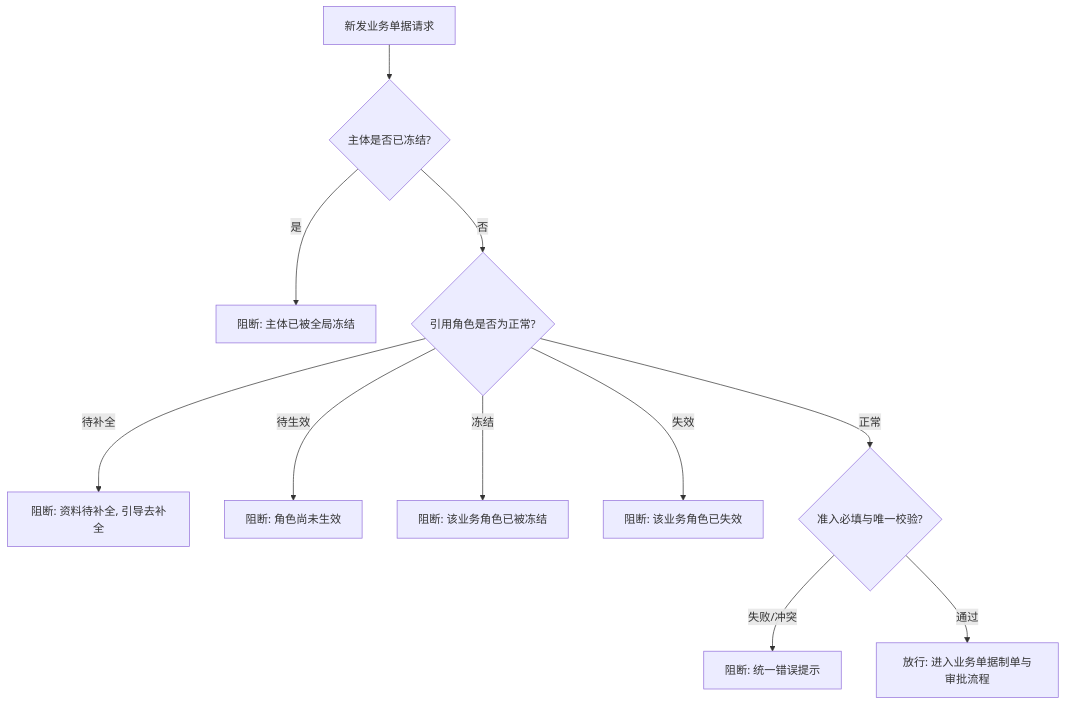
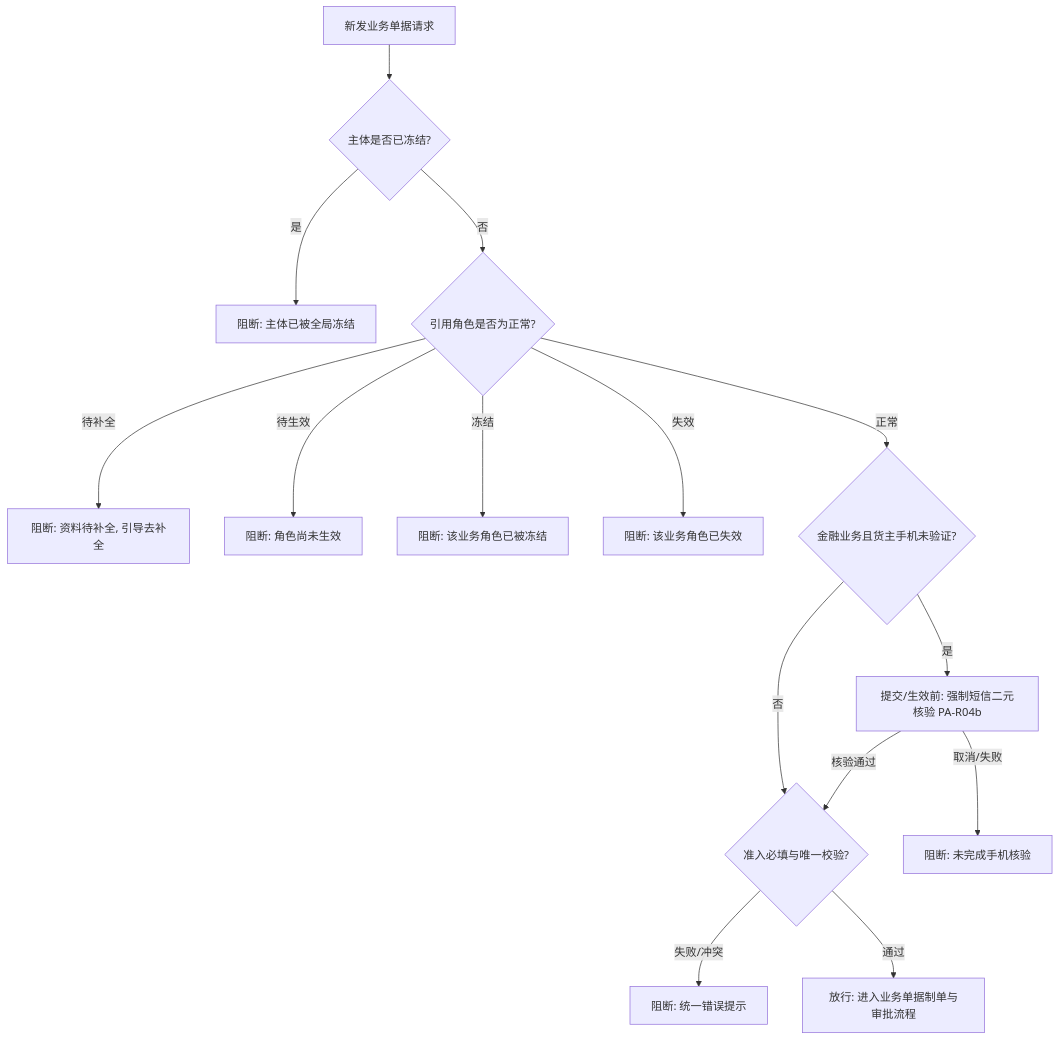
The third of 3 diagrams in 02-PRD文档/B-迭代需求/6.3版本（2026.09）/04-合作方档案/合作方档案业务规则规格.md (RobertHuang999/SYZC), drawn with Mermaid before and after one commit. The commit also changed other lines of this file and 95 other files, not shown here.

````diff
--- a/02-PRD文档/B-迭代需求/6.3版本（2026.09）/04-合作方档案/合作方档案业务规则规格.md
+++ b/02-PRD文档/B-迭代需求/6.3版本（2026.09）/04-合作方档案/合作方档案业务规则规格.md
@@ -98,13 +101,17 @@
 ```mermaid
 flowchart TD
     Req[新发业务单据请求] --> SF{主体是否已冻结?}
     SF -->|是| B2[阻断: 主体已被全局冻结]
     SF -->|否| RF{引用角色是否为正常?}
     RF -->|待补全| B3[阻断: 资料待补全, 引导去补全]
     RF -->|待生效| B4[阻断: 角色尚未生效]
     RF -->|冻结| B5[阻断: 该业务角色已被冻结]
     RF -->|失效| B6[阻断: 该业务角色已失效]
-    RF -->|正常| Rule{准入必填与唯一校验?}
+    RF -->|正常| Fin{金融业务且货主手机未验证?}
+    Fin -->|是| B8[提交/生效前: 强制短信二元核验 PA-R04b]
+    Fin -->|否| Rule{准入必填与唯一校验?}
+    B8 -->|核验通过| Rule
+    B8 -->|取消/失败| B9[阻断: 未完成手机核验]
     Rule -->|失败/冲突| B7[阻断: 统一错误提示]
     Rule -->|通过| Pass[放行: 进入业务单据制单与审批流程]
 ```
````
